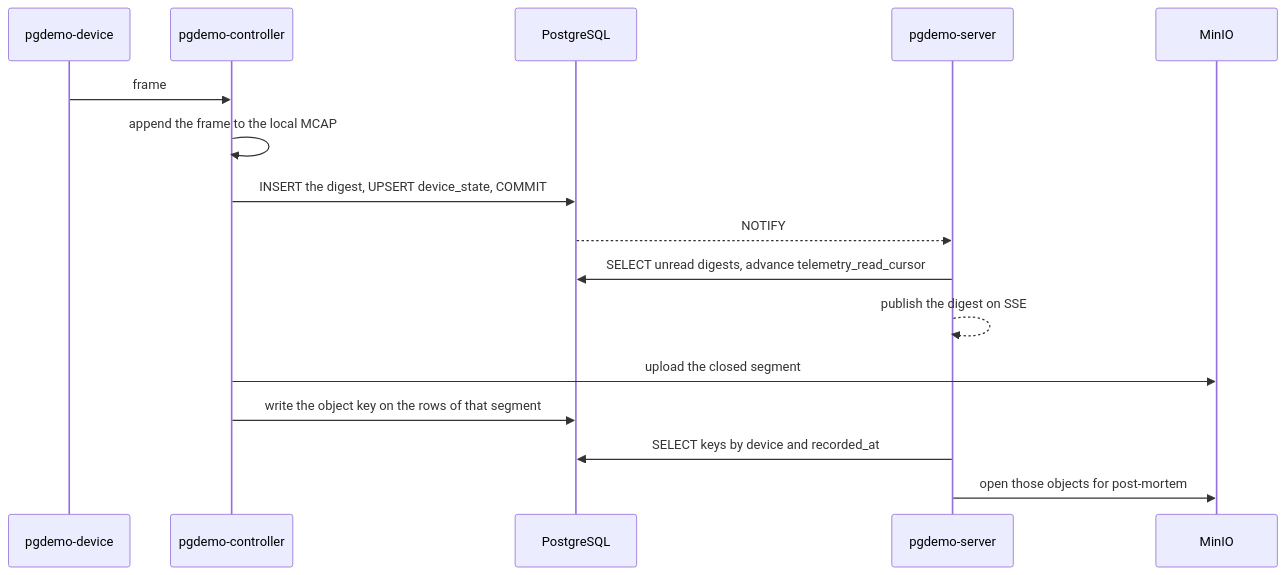
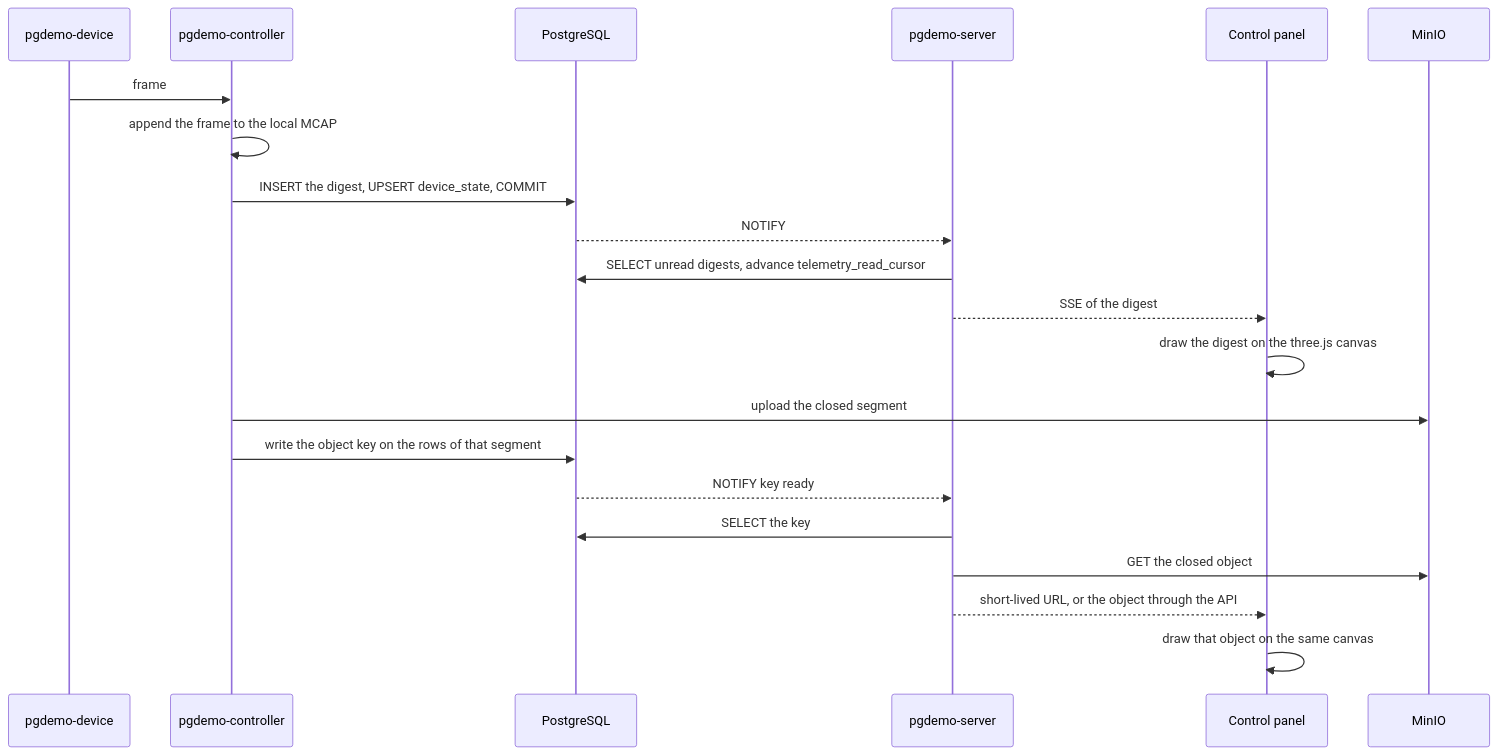
Before and after one commit to jgmatu/postgresql: the second of 3 diagrams in TODO.md, drawn with Mermaid. The commit also changed other lines of this file, not shown here.

First line of the commit message:
Show the browser canvas as the graphics engine for the robotics view.

````diff
--- a/TODO.md
+++ b/TODO.md
@@ -62,19 +63,24 @@
 ```mermaid
 sequenceDiagram
     participant worker as pgdemo-device
     participant controller as pgdemo-controller
     participant db as PostgreSQL
     participant server as pgdemo-server
+    participant panel as Control panel
     participant store as MinIO
 
     worker->>controller: frame
     controller->>controller: append the frame to the local MCAP
     controller->>db: INSERT the digest, UPSERT device_state, COMMIT
     db-->>server: NOTIFY
     server->>db: SELECT unread digests, advance telemetry_read_cursor
-    server-->>server: publish the digest on SSE
+    server-->>panel: SSE of the digest
+    panel->>panel: draw the digest on the three.js canvas
     controller->>store: upload the closed segment
     controller->>db: write the object key on the rows of that segment
-    server->>db: SELECT keys by device and recorded_at
-    server->>store: open those objects for post-mortem
+    db-->>server: NOTIFY key ready
+    server->>db: SELECT the key
+    server->>store: GET the closed object
+    server-->>panel: short-lived URL, or the object through the API
+    panel->>panel: draw that object on the same canvas
 ```
````
